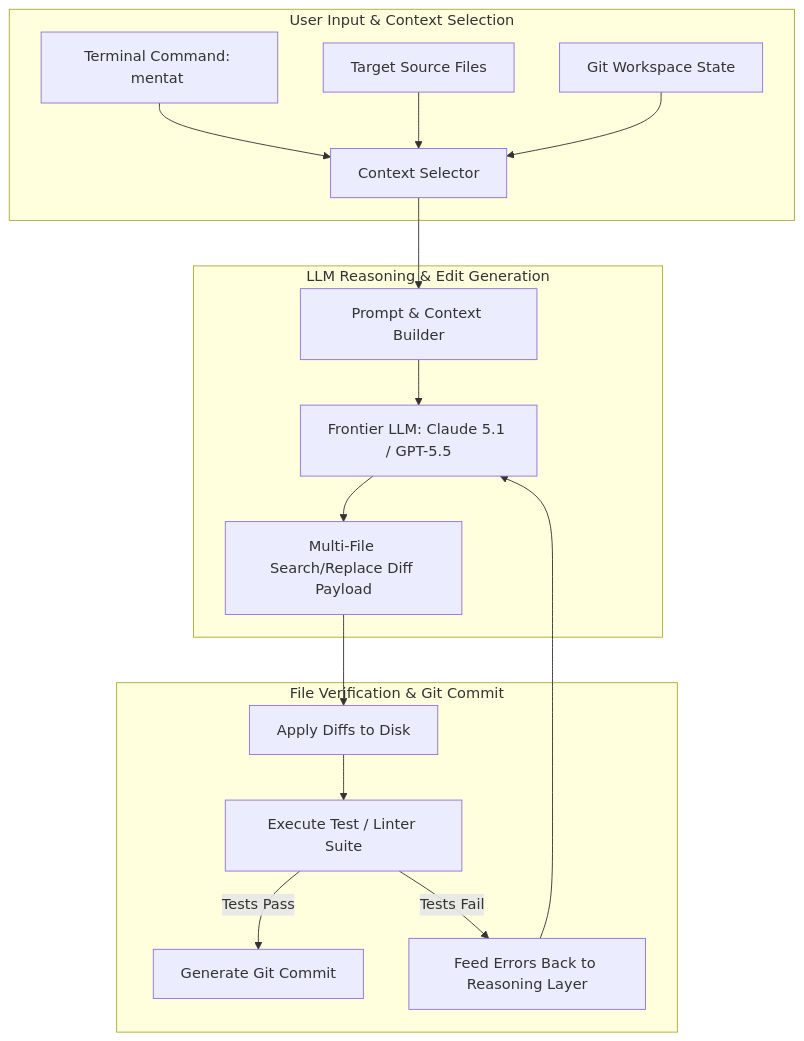
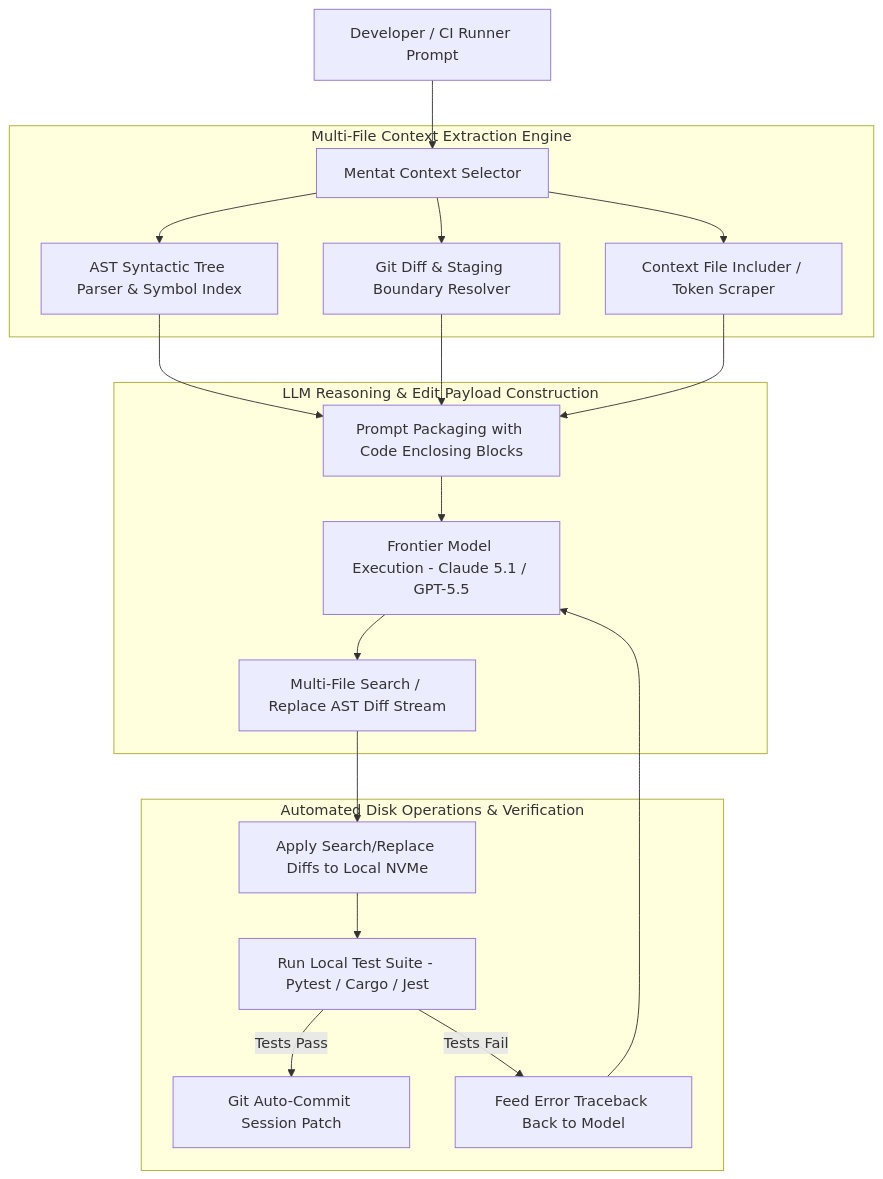
The first of 2 diagrams in docs/tools/development_ops/mentat.md (joanmarcriera/Home-office-automations), drawn with Mermaid before and after one commit. The commit also changed other lines of this file and 5 other files, not shown here.

````diff
--- a/docs/tools/development_ops/mentat.md
+++ b/docs/tools/development_ops/mentat.md
@@ -40,22 +15,24 @@
 ```mermaid
 graph TD
-    subgraph User Input & Context Selection
-        A[Terminal Command: mentat <paths>] --> B[Context Selector]
-        C[Target Source Files] --> B
-        D[Git Workspace State] --> B
+    A[Developer / CI Runner Prompt] --> B[Mentat Context Selector]
+
+    subgraph Multi-File Context Extraction Engine
+        B --> C[AST Syntactic Tree Parser & Symbol Index]
+        B --> D[Git Diff & Staging Boundary Resolver]
+        B --> E[Context File Includer / Token Scraper]
     end
 
-    subgraph LLM Reasoning & Edit Generation
-        B --> E[Prompt & Context Builder]
-        E --> F[Frontier LLM: Claude 5.1 / GPT-5.5]
-        F --> G[Multi-File Search/Replace Diff Payload]
+    subgraph LLM Reasoning & Edit Payload Construction
+        C & D & E --> F[Prompt Packaging with Code Enclosing Blocks]
+        F --> G[Frontier Model Execution - Claude 5.1 / GPT-5.5]
+        G --> H[Multi-File Search / Replace AST Diff Stream]
     end
 
-    subgraph File Verification & Git Commit
-        G --> H[Apply Diffs to Disk]
-        H --> I[Execute Test / Linter Suite]
-        I -- Tests Pass --> J[Generate Git Commit]
-        I -- Tests Fail --> K[Feed Errors Back to Reasoning Layer]
-        K --> F
+    subgraph Automated Disk Operations & Verification
+        H --> I[Apply Search/Replace Diffs to Local NVMe]
+        I --> J[Run Local Test Suite - Pytest / Cargo / Jest]
+        J -- Tests Pass --> K[Git Auto-Commit Session Patch]
+        J -- Tests Fail --> L[Feed Error Traceback Back to Model]
+        L --> G
     end
 ```
````
